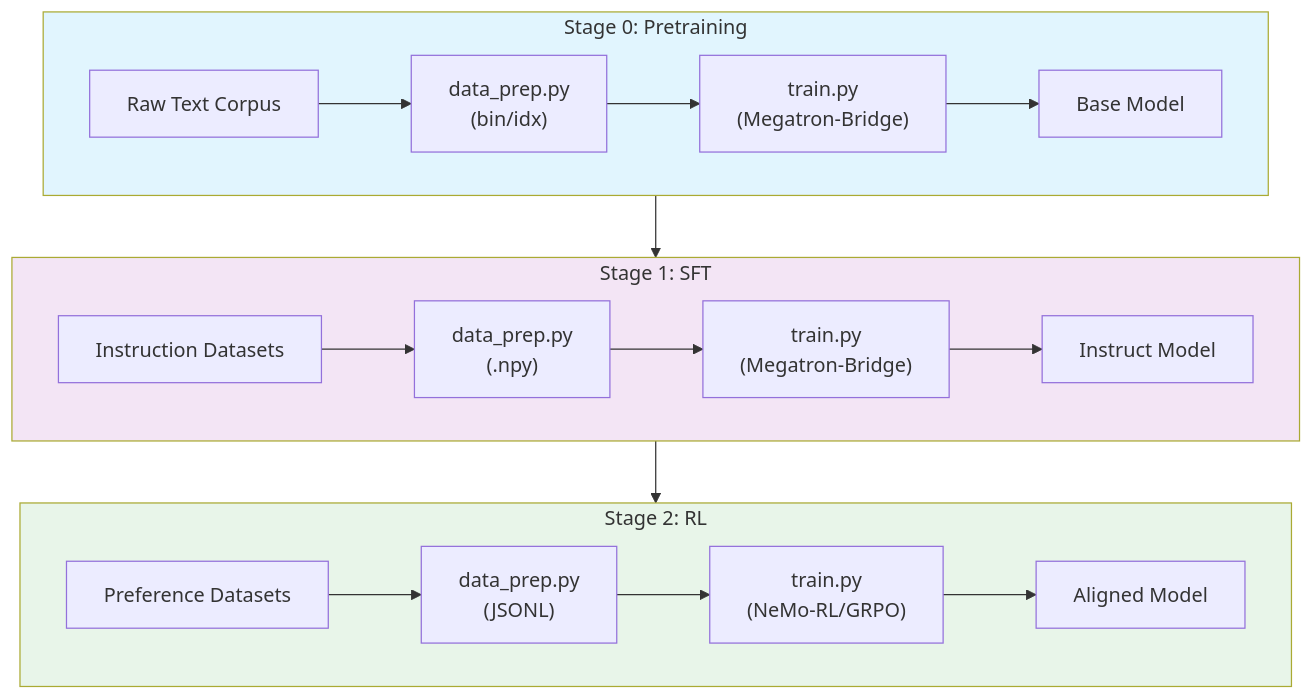
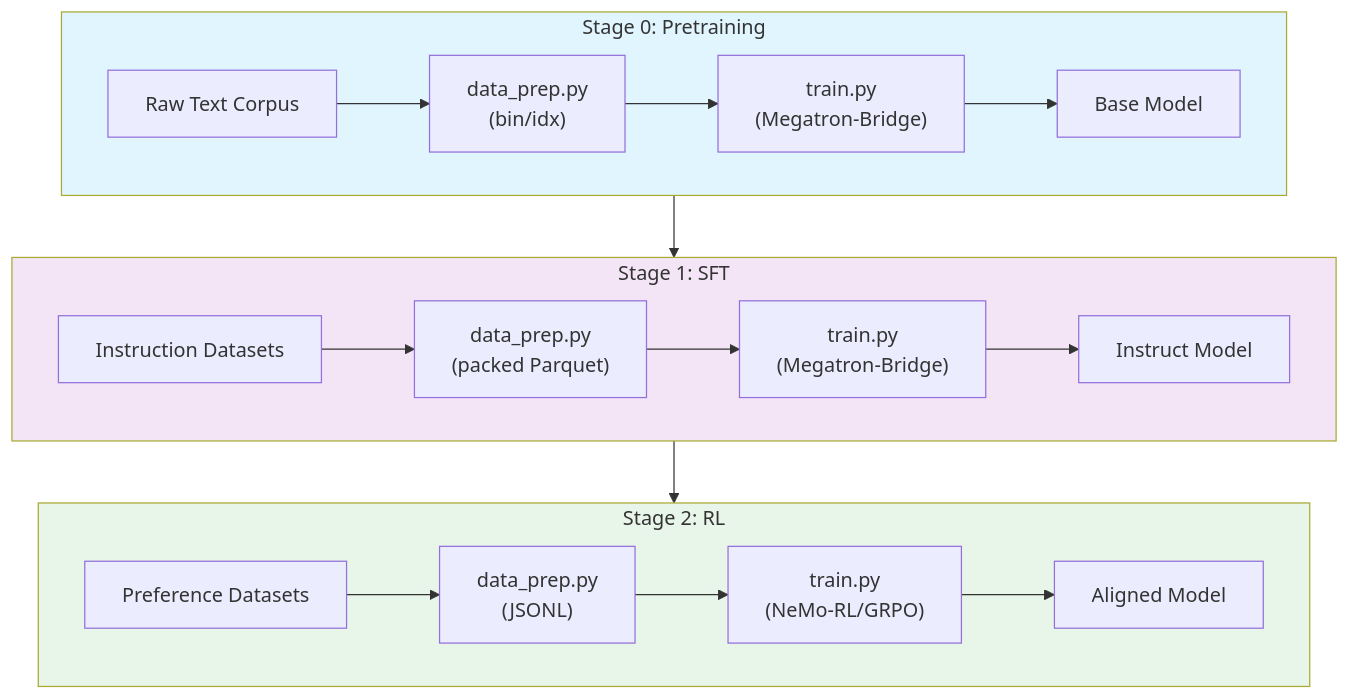
One commit to NVIDIA-NeMo/Nemotron changed the first of 2 diagrams in src/nemotron/recipes/lightning35/README.md. Above: the diagram before and after it, drawn with Mermaid. The commit also changed other lines of this file and 37 other files, not shown here.

````diff
--- a/src/nemotron/recipes/lightning35/README.md
+++ b/src/nemotron/recipes/lightning35/README.md
@@ -44,24 +44,24 @@
 ```mermaid
 flowchart TB
     subgraph stage0["Stage 0: Pretraining"]
         direction LR
         raw["Raw Text Corpus"] --> dp0["data_prep.py<br/>(bin/idx)"] --> train0["train.py<br/>(Megatron-Bridge)"] --> base["Base Model"]
     end
 
     subgraph stage1["Stage 1: SFT"]
         direction LR
-        inst["Instruction Datasets"] --> dp1["data_prep.py<br/>(.npy)"] --> train1["train.py<br/>(Megatron-Bridge)"] --> instruct["Instruct Model"]
+        inst["Instruction Datasets"] --> dp1["data_prep.py<br/>(packed Parquet)"] --> train1["train.py<br/>(Megatron-Bridge)"] --> instruct["Instruct Model"]
     end
 
     subgraph stage2["Stage 2: RL"]
         direction LR
         pref["Preference Datasets"] --> dp2["data_prep.py<br/>(JSONL)"] --> train2["train.py<br/>(NeMo-RL/GRPO)"] --> aligned["Aligned Model"]
     end
 
     base --> train1
     instruct --> train2
 
     style stage0 fill:#e1f5fe
     style stage1 fill:#f3e5f5
     style stage2 fill:#e8f5e9
 ```
````
